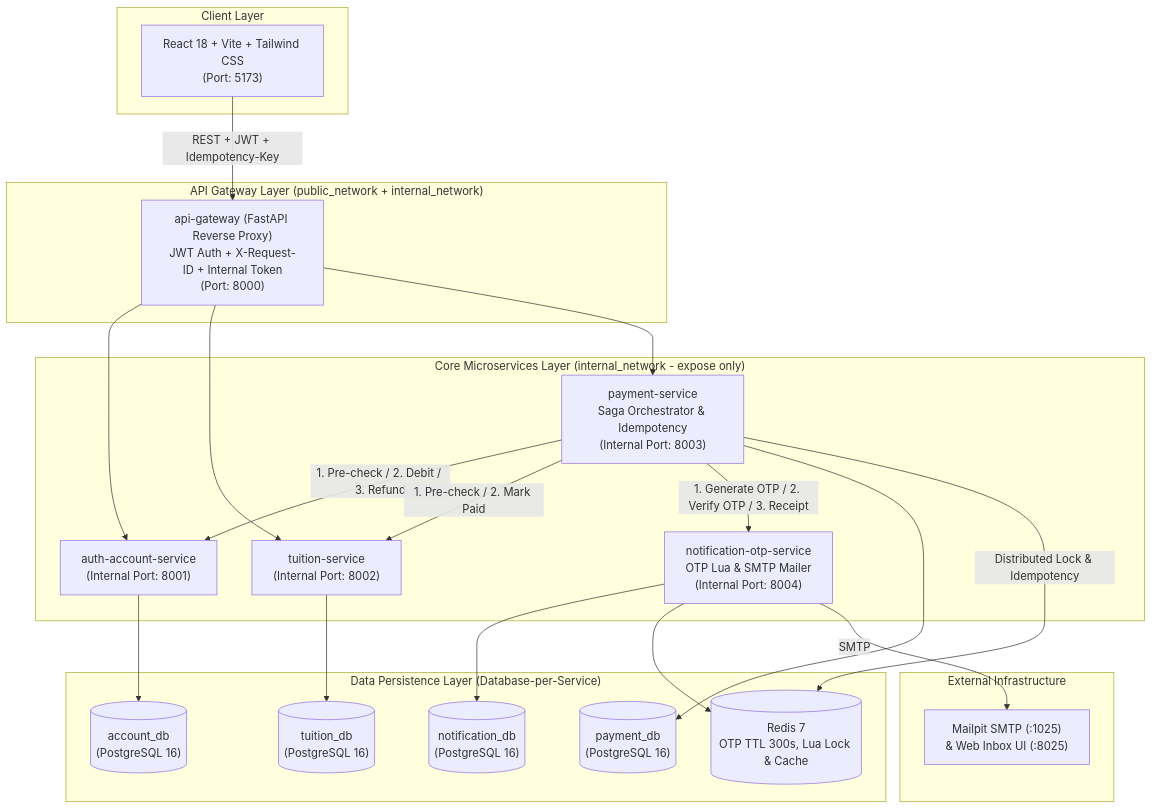
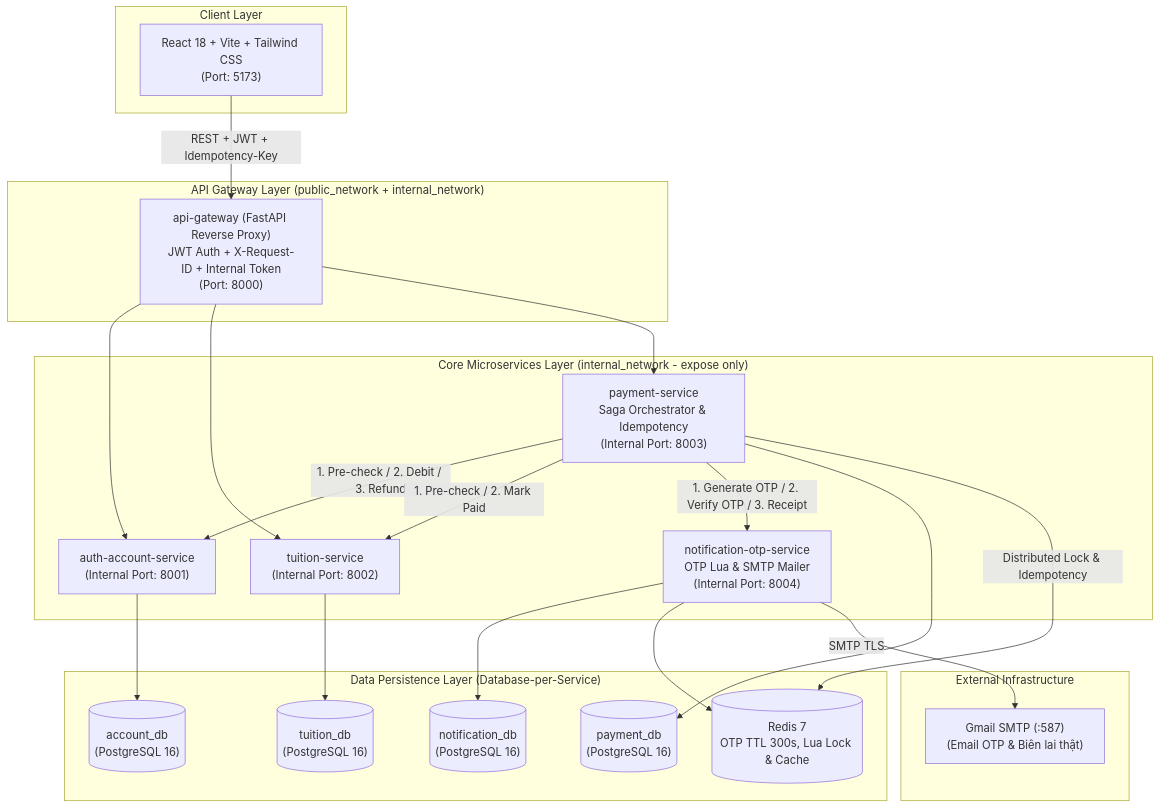
The diagram in README.md (nnn793200-pixel/midterm_SOA), drawn with Mermaid before and after one commit. The commit also changed other lines of this file and 29 other files, not shown here.

````diff
--- a/README.md
+++ b/README.md
@@ -33,46 +46,46 @@
 ```mermaid
 flowchart TB
     subgraph Client["Client Layer"]
         UI["React 18 + Vite + Tailwind CSS\n(Port: 5173)"]
     end
 
     subgraph GatewayLayer["API Gateway Layer (public_network + internal_network)"]
         GW["api-gateway (FastAPI Reverse Proxy)\nJWT Auth + X-Request-ID + Internal Token\n(Port: 8000)"]
     end
 
     subgraph Services["Core Microservices Layer (internal_network - expose only)"]
         AUTH["auth-account-service\n(Internal Port: 8001)"]
         TUITION["tuition-service\n(Internal Port: 8002)"]
         PAYMENT["payment-service\nSaga Orchestrator & Idempotency\n(Internal Port: 8003)"]
         OTP["notification-otp-service\nOTP Lua & SMTP Mailer\n(Internal Port: 8004)"]
     end
 
     subgraph DataLayer["Data Persistence Layer (Database-per-Service)"]
         DB_ACC[("account_db\n(PostgreSQL 16)")]
         DB_TUI[("tuition_db\n(PostgreSQL 16)")]
         DB_PAY[("payment_db\n(PostgreSQL 16)")]
         DB_NOTIF[("notification_db\n(PostgreSQL 16)")]
         REDIS[("Redis 7\nOTP TTL 300s, Lua Lock & Cache")]
     end
 
     subgraph External["External Infrastructure"]
-        MAILPIT["Mailpit SMTP (:1025)\n& Web Inbox UI (:8025)"]
+        SMTP["Gmail SMTP (:587)\n(Email OTP & Biên lai thật)"]
     end
 
     UI -->|REST + JWT + Idempotency-Key| GW
     GW --> AUTH
     GW --> TUITION
     GW --> PAYMENT
 
     PAYMENT -->|1. Pre-check / 2. Debit / 3. Refund| AUTH
     PAYMENT -->|1. Pre-check / 2. Mark Paid| TUITION
     PAYMENT -->|1. Generate OTP / 2. Verify OTP / 3. Receipt| OTP
 
     AUTH --> DB_ACC
     TUITION --> DB_TUI
     PAYMENT --> DB_PAY
     PAYMENT -->|Distributed Lock & Idempotency| REDIS
     OTP --> DB_NOTIF
     OTP --> REDIS
-    OTP -->|SMTP| MAILPIT
+    OTP -->|SMTP TLS| SMTP
 ```
````
